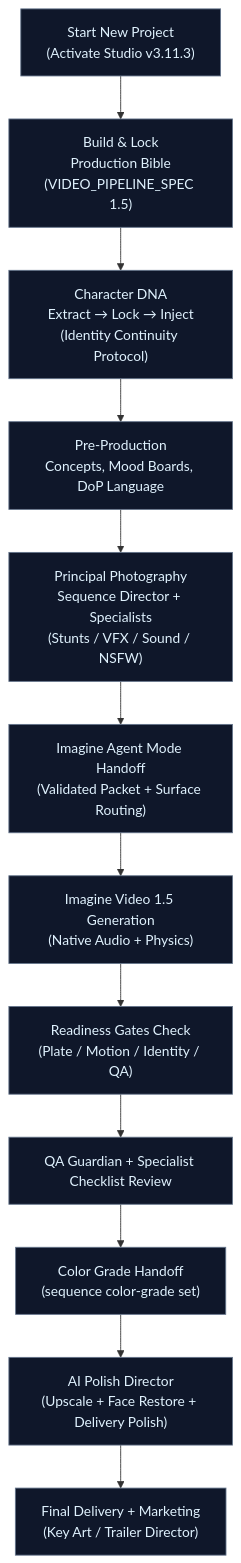
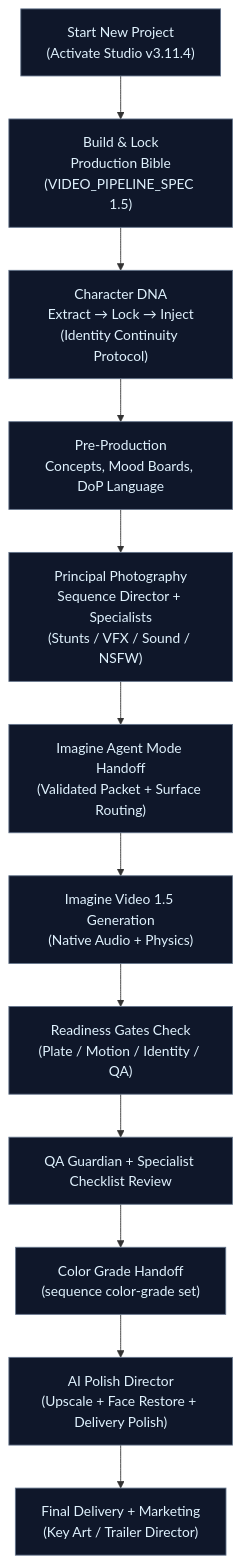
Before and after one commit to FineComputer14451/Grok-Imagine-Cinematic-Studio: the second of 2 diagrams in README.md, drawn with Mermaid. The commit also changed other lines of this file and 57 other files, not shown here.

````diff
--- a/README.md
+++ b/README.md
@@ -189,17 +194,17 @@
 ```mermaid
 flowchart TD
-    Start["Start New Project<br/>(Activate Studio v3.11.3)"] --> Bible["Build & Lock<br/>Production Bible<br/>(VIDEO_PIPELINE_SPEC 1.5)"]
+    Start["Start New Project<br/>(Activate Studio v3.11.4)"] --> Bible["Build & Lock<br/>Production Bible<br/>(VIDEO_PIPELINE_SPEC 1.5)"]
     Bible --> DNA["Character DNA<br/>Extract → Lock → Inject<br/>(Identity Continuity Protocol)"]
     DNA --> PreProd["Pre-Production<br/>Concepts, Mood Boards, DoP Language"]
     PreProd --> Principal["Principal Photography<br/>Sequence Director + Specialists<br/>(Stunts / VFX / Sound / NSFW)"]
     Principal --> Handoff["Imagine Agent Mode Handoff<br/>(Validated Packet + Surface Routing)"]
     Handoff --> Generate["Imagine Video 1.5 Generation<br/>(Native Audio + Physics)"]
     Generate --> Gates["Readiness Gates Check<br/>(Plate / Motion / Identity / QA)"]
     Gates --> Review["QA Guardian + Specialist Checklist Review"]
     Review --> Color["Color Grade Handoff<br/>(sequence color-grade set)"]
     Color --> Polish["AI Polish Director<br/>(Upscale + Face Restore + Delivery Polish)"]
     Polish --> Deliver["Final Delivery + Marketing<br/>(Key Art / Trailer Director)"]
 
     classDef step fill:#0f172a,stroke:#64748b,color:#e0f2fe
     class Start,Bible,DNA,PreProd,Principal,Handoff,Generate,Gates,Review,Color,Polish,Deliver step
 ```
````
